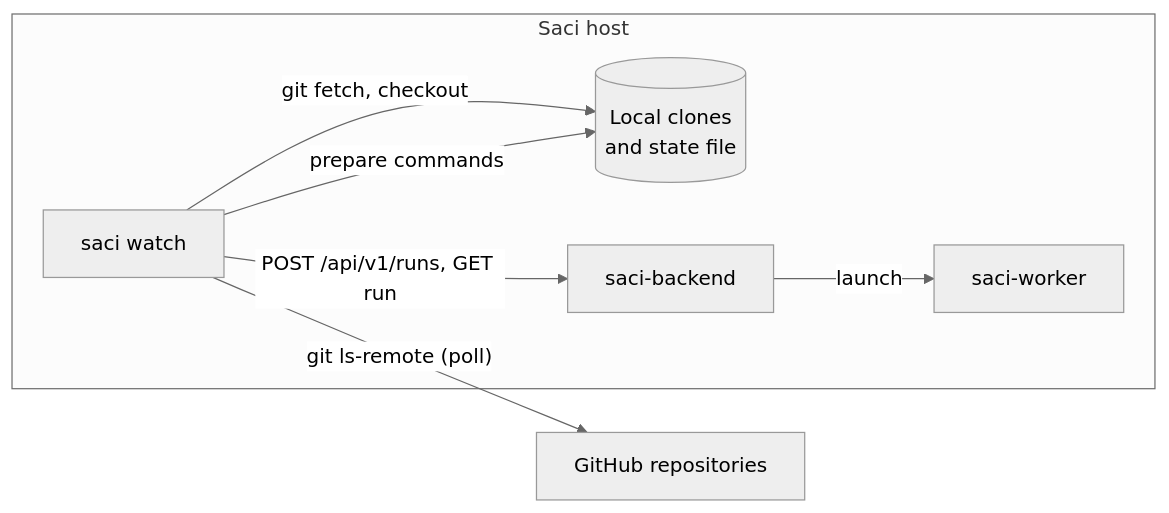
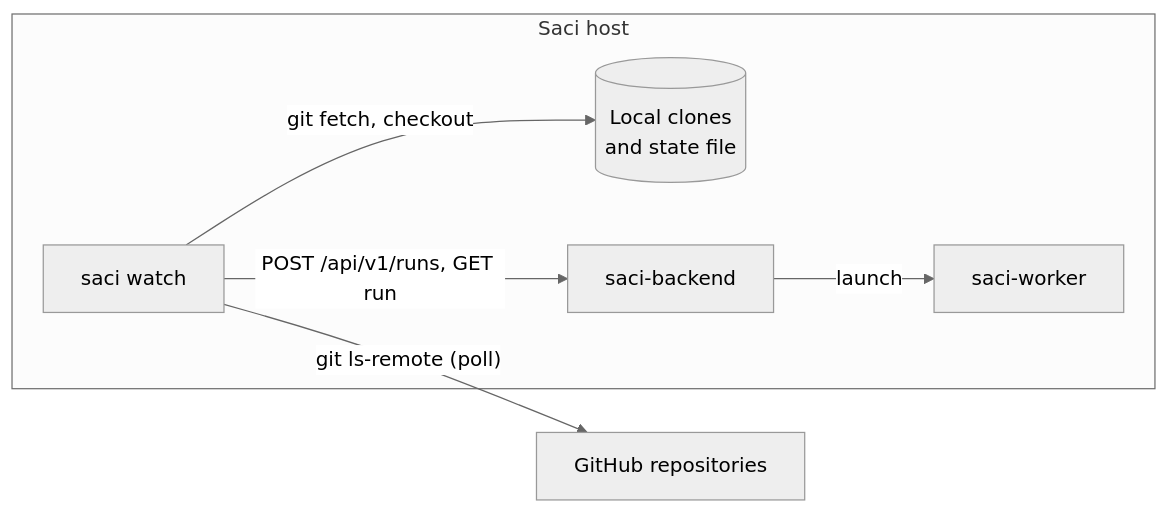
One commit to orpiske/midnight-saci changed the diagram in docs/plans/source-watch.md. Above: the diagram before and after it, drawn with Mermaid (neutral theme). The commit also changed other lines of this file, not shown here.

First line of the commit message:
Leave versions to the plan in the watch design (#135)

````diff
--- a/docs/plans/source-watch.md
+++ b/docs/plans/source-watch.md
@@ -24,16 +24,15 @@
 ```mermaid
 flowchart LR
     gh["GitHub repositories"]
     subgraph host["Saci host"]
         watch["saci watch"]
         clones[("Local clones<br/>and state file")]
         backend["saci-backend"]
         worker["saci-worker"]
     end
 
     watch -- "git ls-remote (poll)" --> gh
     watch -- "git fetch, checkout" --> clones
-    watch -- "prepare commands" --> clones
     watch -- "POST /api/v1/runs, GET run" --> backend
     backend -- launch --> worker
 ```
````
